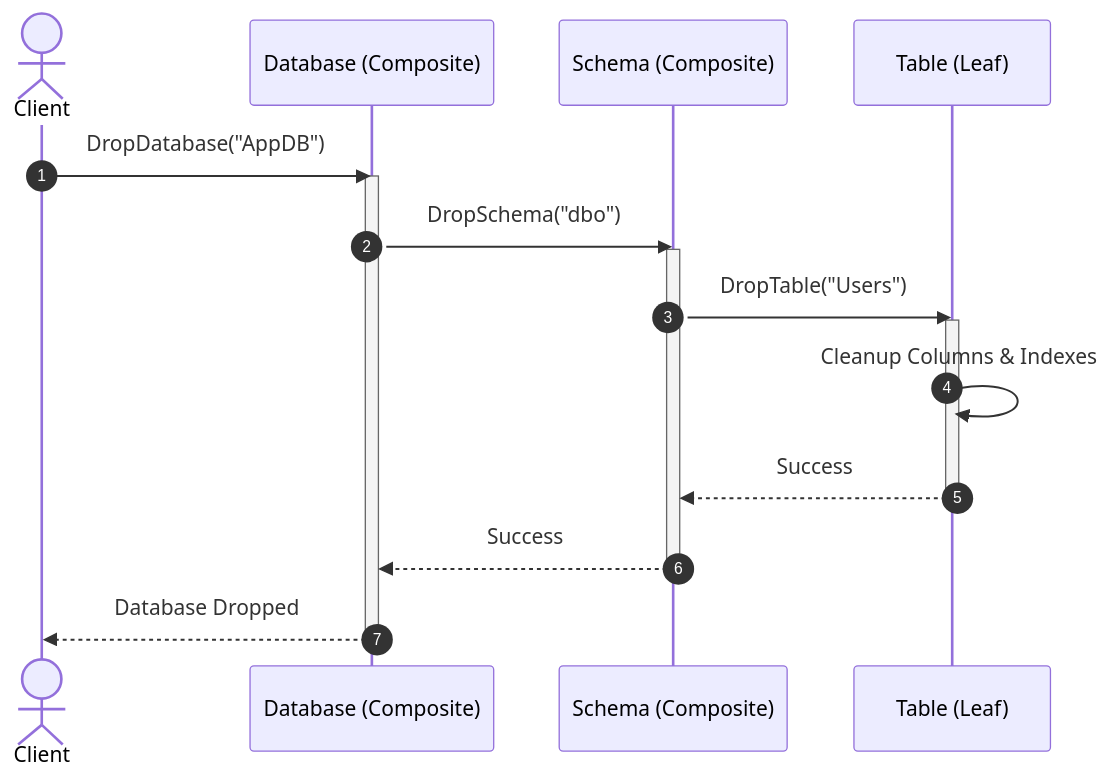
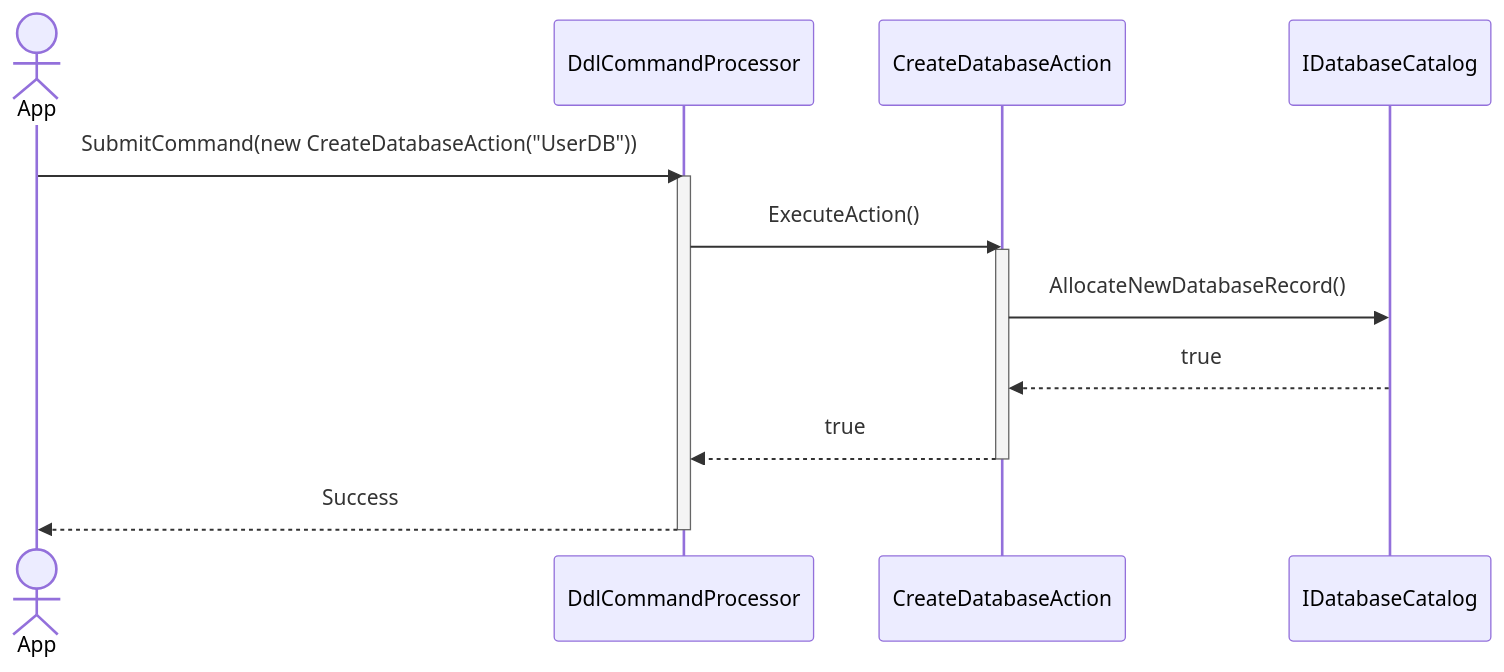
Before and after one commit to Hagiakhanh/bbv-dbms: diagram 14 of 14 in docs/design-patterns/README.md, drawn with Mermaid. The commit also changed other lines of this file and 20 other files, not shown here.

````diff
--- a/docs/design-patterns/README.md
+++ b/docs/design-patterns/README.md
@@ -164,22 +917,18 @@
 ```mermaid
 sequenceDiagram
-    autonumber
-    actor Client
-    participant DB as Database (Composite)
-    participant Sch as Schema (Composite)
-    participant Tbl as Table (Leaf)
+    actor App
+    participant Processor as DdlCommandProcessor
+    participant Cmd as CreateDatabaseAction
+    participant Cat as IDatabaseCatalog
     
-    Client->>DB: DropDatabase("AppDB")
-    activate DB
-    DB->>Sch: DropSchema("dbo")
-    activate Sch
-    Sch->>Tbl: DropTable("Users")
-    activate Tbl
-    Tbl->>Tbl: Cleanup Columns & Indexes
-    Tbl-->>Sch: Success
-    deactivate Tbl
-    Sch-->>DB: Success
-    deactivate Sch
-    DB-->>Client: Database Dropped
-    deactivate DB
+    App->>Processor: SubmitCommand(new CreateDatabaseAction("UserDB"))
+    activate Processor
+    Processor->>Cmd: ExecuteAction()
+    activate Cmd
+    Cmd->>Cat: AllocateNewDatabaseRecord()
+    Cat-->>Cmd: true
+    Cmd-->>Processor: true
+    deactivate Cmd
+    Processor-->>App: Success
+    deactivate Processor
 ```
````
